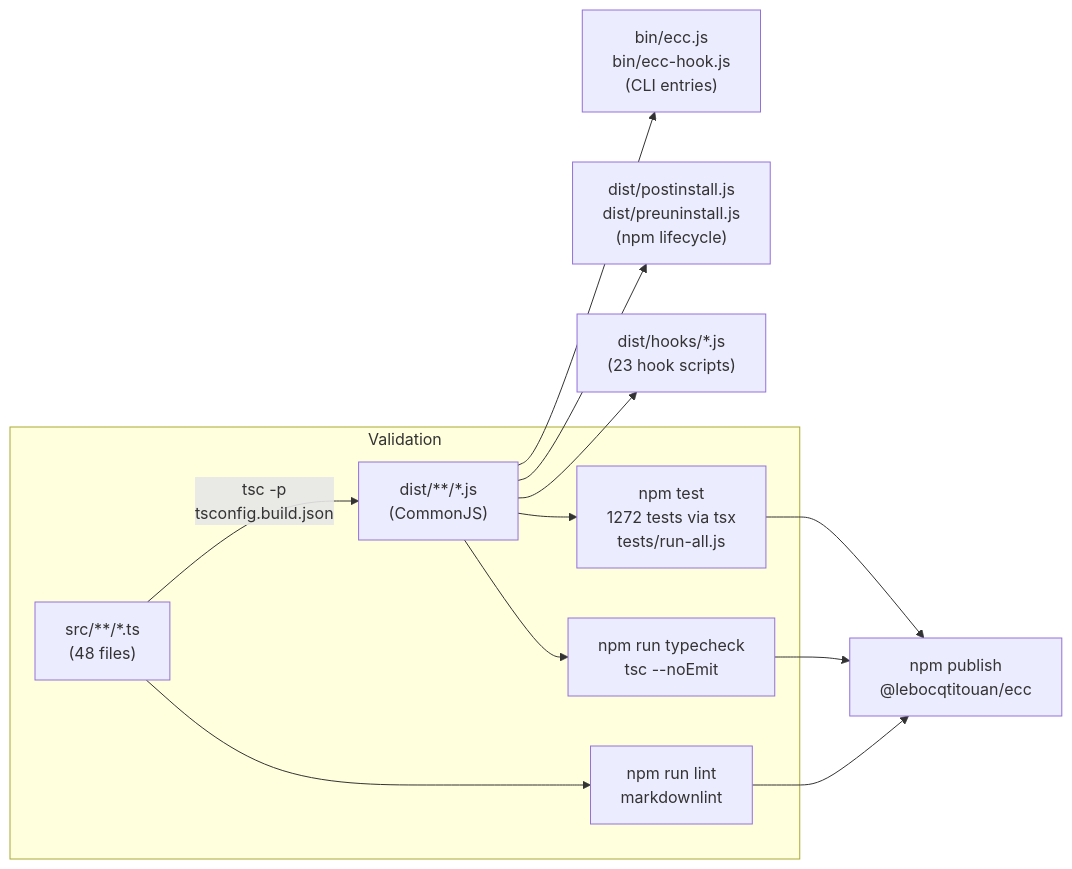
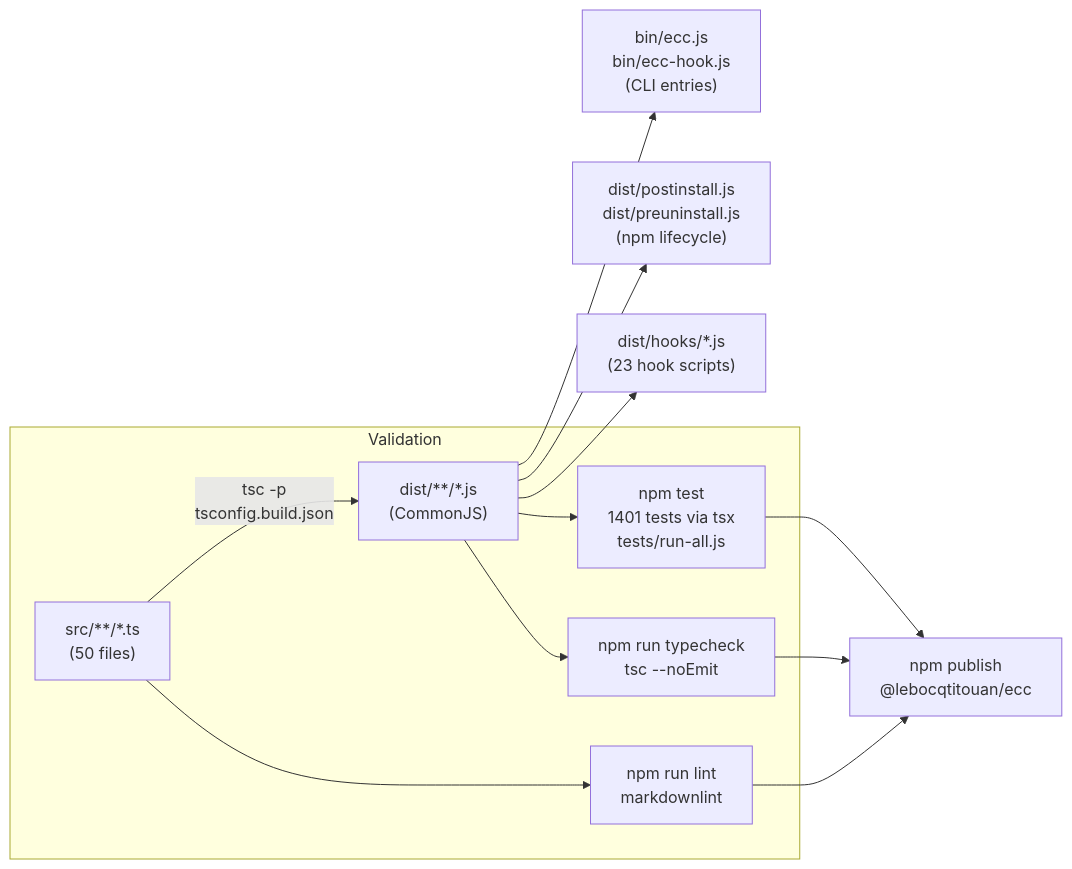
One commit to LEBOCQTitouan/everything-claude-code changed the diagram in docs/diagrams/build-pipeline.md. Above: the diagram before and after it, drawn with Mermaid. The commit also changed other lines of this file and 14 other files, not shown here.

````diff
--- a/docs/diagrams/build-pipeline.md
+++ b/docs/diagrams/build-pipeline.md
@@ -7,18 +7,18 @@
 ```mermaid
 flowchart LR
-    SRC["src/**/*.ts<br/>(48 files)"] -->|"tsc -p<br/>tsconfig.build.json"| DIST["dist/**/*.js<br/>(CommonJS)"]
+    SRC["src/**/*.ts<br/>(50 files)"] -->|"tsc -p<br/>tsconfig.build.json"| DIST["dist/**/*.js<br/>(CommonJS)"]
 
     DIST --> BIN["bin/ecc.js<br/>bin/ecc-hook.js<br/>(CLI entries)"]
     DIST --> LIFECYCLE["dist/postinstall.js<br/>dist/preuninstall.js<br/>(npm lifecycle)"]
     DIST --> HOOKS_OUT["dist/hooks/*.js<br/>(23 hook scripts)"]
 
     subgraph validation["Validation"]
-        DIST --> TEST["npm test<br/>1272 tests via tsx<br/>tests/run-all.js"]
+        DIST --> TEST["npm test<br/>1401 tests via tsx<br/>tests/run-all.js"]
         DIST --> TYPECHECK["npm run typecheck<br/>tsc --noEmit"]
         SRC --> LINT["npm run lint<br/>markdownlint"]
     end
 
     TEST --> PUBLISH["npm publish<br/>@lebocqtitouan/ecc"]
     TYPECHECK --> PUBLISH
     LINT --> PUBLISH
 ```
````
